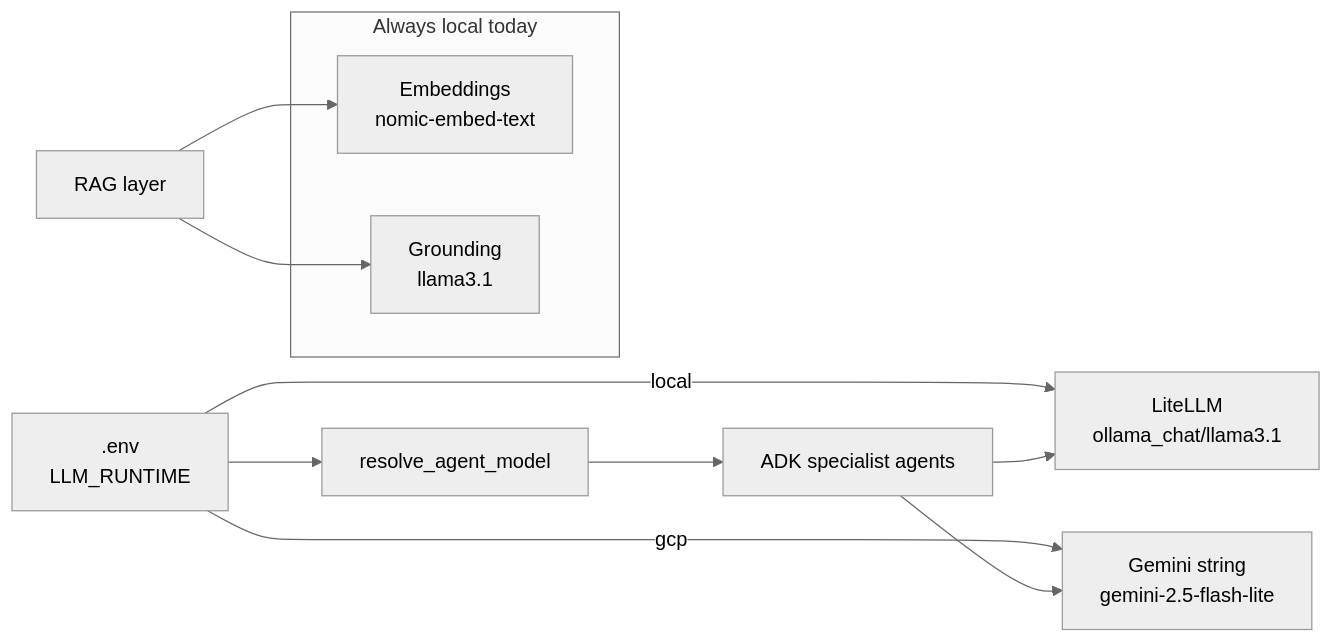
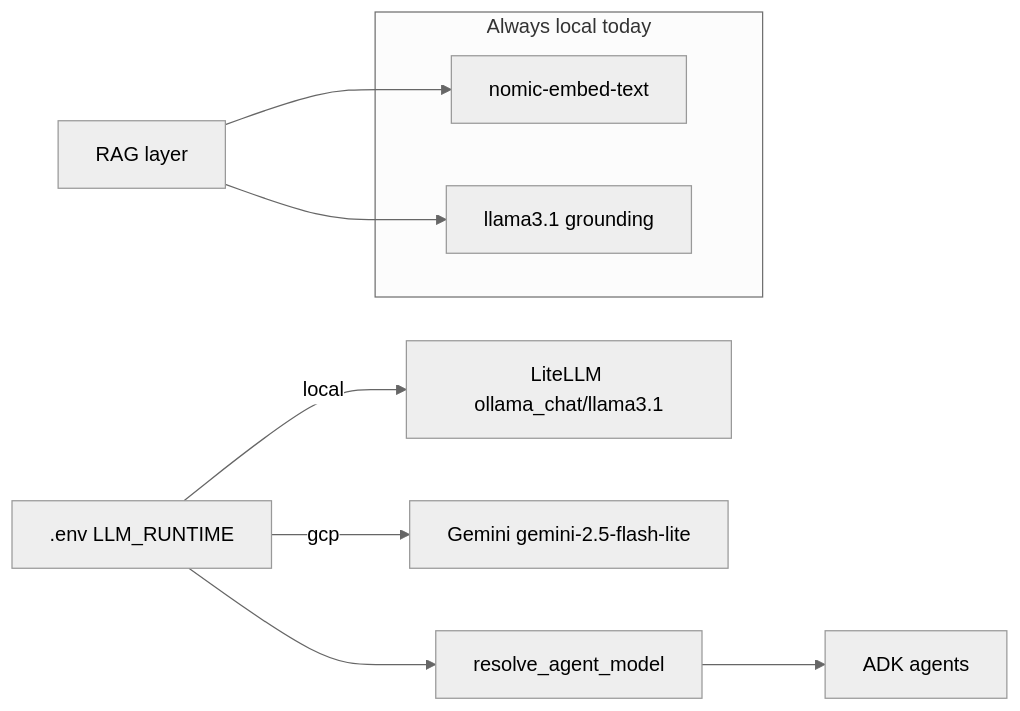
One commit to luisfm44/landed-agent changed the ninth of 10 diagrams in docs/architecture-diagram.md. Above: the diagram before and after it, drawn with Mermaid (neutral theme). The commit also changed other lines of this file and 7 other files, not shown here.

First line of the commit message:
Wire LangGraph to ADK and refresh architecture documentation.

````diff
--- a/docs/architecture-diagram.md
+++ b/docs/architecture-diagram.md
@@ -192,19 +233,15 @@
 ```mermaid
 flowchart LR
-    ENV[.env<br/>LLM_RUNTIME] --> RESOLVE[resolve_agent_model]
-
-    ENV -->|local| LOCAL[LiteLLM<br/>ollama_chat/llama3.1]
-    ENV -->|gcp| GCP[Gemini string<br/>gemini-2.5-flash-lite]
-
-    RESOLVE --> ADK[ADK specialist agents]
+    ENV[.env LLM_RUNTIME] --> RESOLVE[resolve_agent_model]
+    ENV -->|local| LOCAL[LiteLLM ollama_chat/llama3.1]
+    ENV -->|gcp| GCP[Gemini gemini-2.5-flash-lite]
+    RESOLVE --> ADK[ADK agents]
 
     subgraph always_local [Always local today]
-        EMB[Embeddings<br/>nomic-embed-text]
-        GR[Grounding<br/>llama3.1]
+        EMB[nomic-embed-text]
+        GR[llama3.1 grounding]
     end
 
-    ADK --> LOCAL
-    ADK --> GCP
-    RAG_LAYER[RAG layer] --> EMB
-    RAG_LAYER --> GR
+    RAG[RAG layer] --> EMB
+    RAG --> GR
 ```
````
